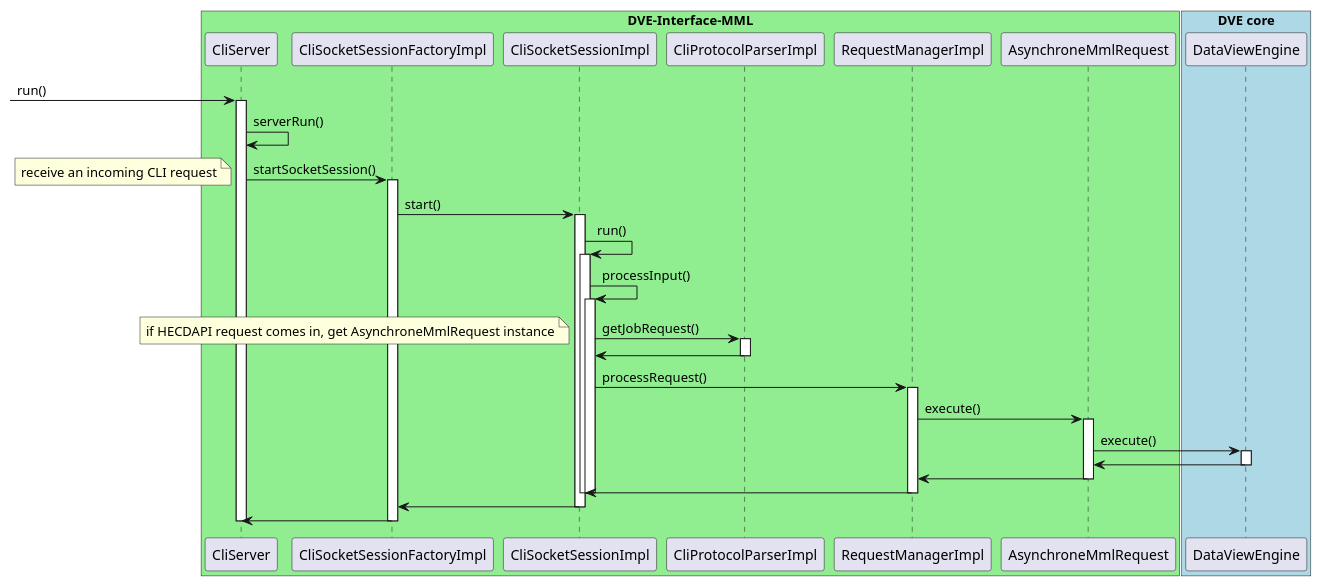
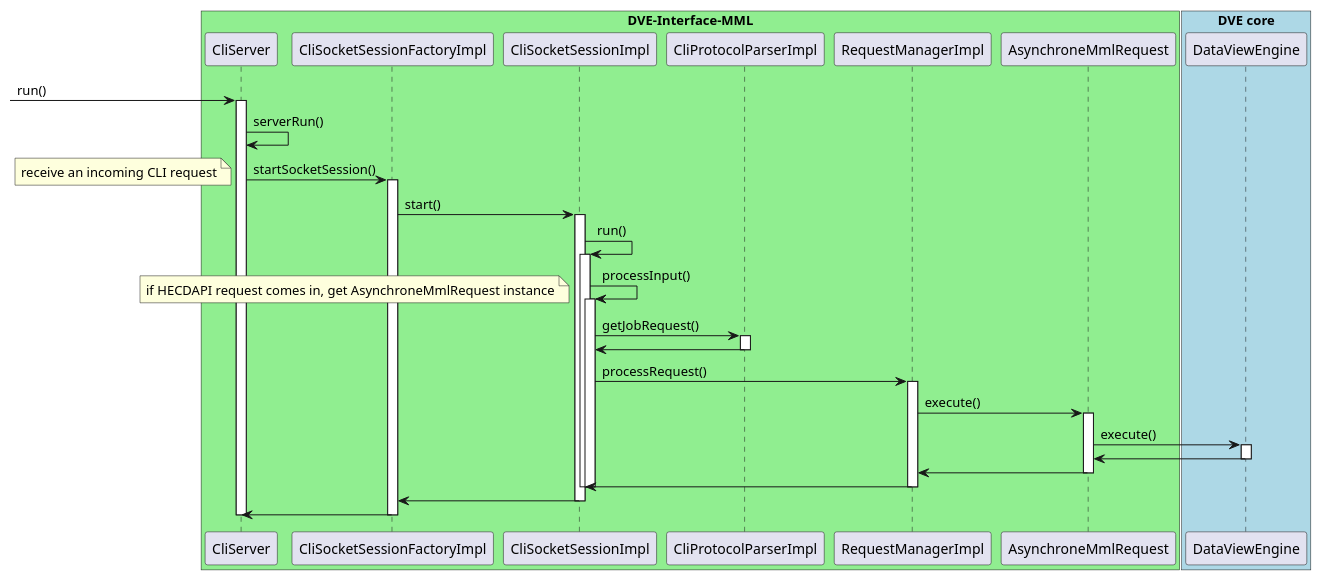
The diagram in UMLProject/bin/com/ericsson/uml/PGNGN/CLI.puml (daiyimin/JavaBasics), drawn with PlantUML before and after one commit. The commit also changed other lines of this file and 20 other files, not shown here.

```diff
--- a/UMLProject/bin/com/ericsson/uml/PGNGN/CLI.puml
+++ b/UMLProject/bin/com/ericsson/uml/PGNGN/CLI.puml
@@ -1,57 +1,57 @@
 @startuml
 
 box "DVE-Interface-MML" #LightGreen
 	participant CliServer
 	participant CliSocketSessionFactoryImpl
 	participant CliSocketSessionImpl
 	participant CliProtocolParserImpl
 	participant RequestManagerImpl
 	participant AsynchroneMmlRequest
 end box
 
 box "DVE core" #LightBlue
 	participant DataViewEngine
 end box
 
 [-> CliServer: run()
 activate CliServer
 CliServer -> CliServer: serverRun()
 CliServer -> CliSocketSessionFactoryImpl: startSocketSession()
 note left
 receive an incoming CLI request
 end note
 activate CliSocketSessionFactoryImpl
 CliSocketSessionFactoryImpl -> CliSocketSessionImpl: start()
 activate CliSocketSessionImpl
 CliSocketSessionImpl -> CliSocketSessionImpl: run()
 activate CliSocketSessionImpl
 CliSocketSessionImpl -> CliSocketSessionImpl: processInput()
-activate CliSocketSessionImpl
-CliSocketSessionImpl -> CliProtocolParserImpl: getJobRequest()
 note left
 if HECDAPI request comes in, get AsynchroneMmlRequest instance
 end note
+activate CliSocketSessionImpl
+CliSocketSessionImpl -> CliProtocolParserImpl: getJobRequest()
 activate CliProtocolParserImpl
 CliProtocolParserImpl -> CliSocketSessionImpl
 deactivate CliProtocolParserImpl
 CliSocketSessionImpl -> RequestManagerImpl: processRequest()
 activate RequestManagerImpl
 RequestManagerImpl -> AsynchroneMmlRequest: execute()
 activate AsynchroneMmlRequest
 AsynchroneMmlRequest -> DataViewEngine: execute()
 activate DataViewEngine
 DataViewEngine -> AsynchroneMmlRequest
 deactivate DataViewEngine
 AsynchroneMmlRequest -> RequestManagerImpl
 deactivate AsynchroneMmlRequest
 RequestManagerImpl -> CliSocketSessionImpl
 deactivate RequestManagerImpl
 deactivate CliSocketSessionImpl
 deactivate CliSocketSessionImpl
 CliSocketSessionImpl -> CliSocketSessionFactoryImpl
 deactivate CliSocketSessionImpl
 CliSocketSessionFactoryImpl -> CliServer
 deactivate CliSocketSessionFactoryImpl
 deactivate CliServer
 
 @enduml
```
